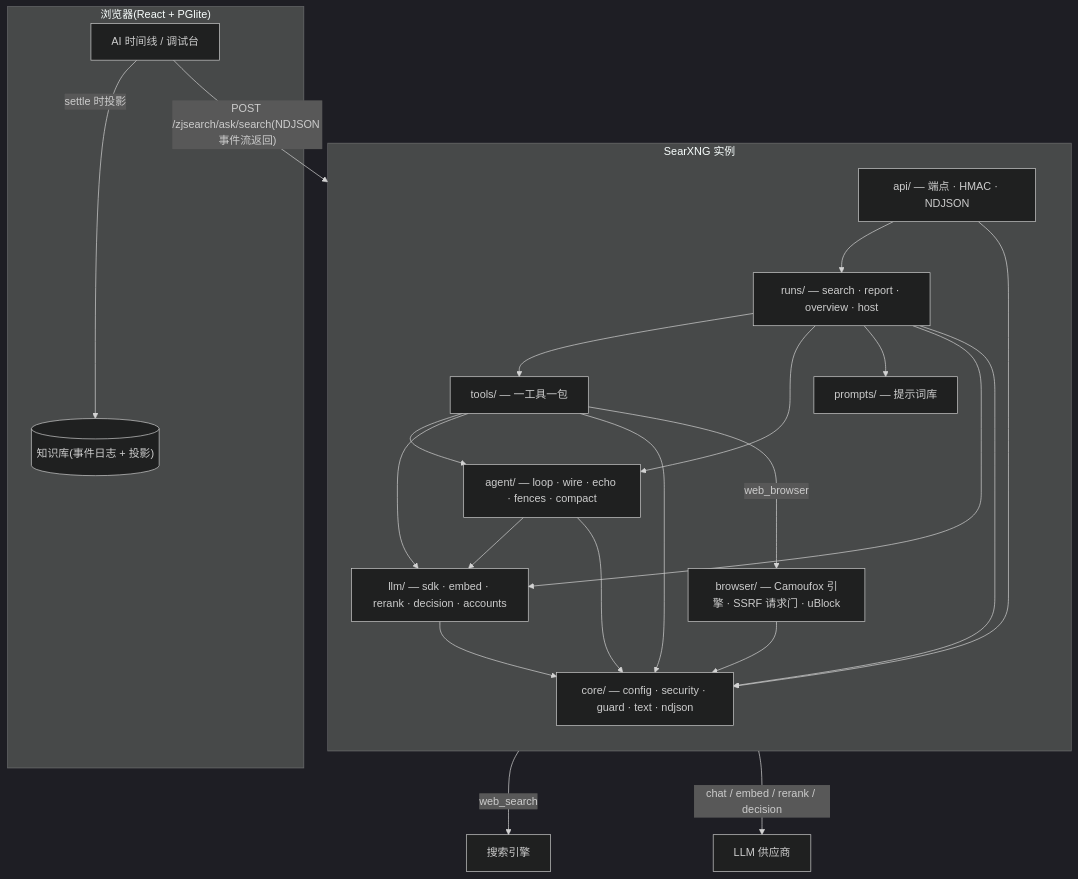
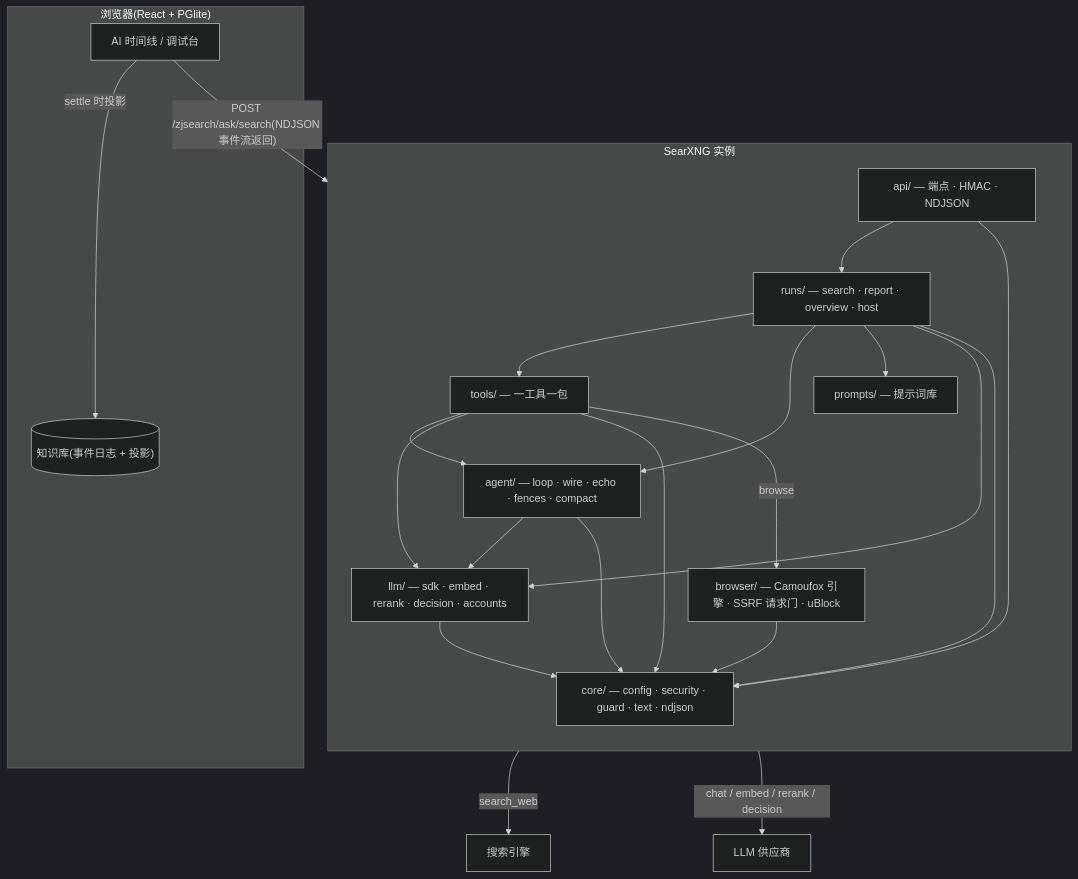
The first of 5 diagrams in NEXTGEN-DESIGN.md (hezhijie0327/ZJSearch), drawn with Mermaid (dark theme) before and after one commit. The commit also changed other lines of this file and 79 other files, not shown here.

````diff
--- a/NEXTGEN-DESIGN.md
+++ b/NEXTGEN-DESIGN.md
@@ -218,39 +219,39 @@
 ```mermaid
 flowchart TB
   subgraph B["浏览器(React + PGlite)"]
     UI["AI 时间线 / 调试台"]
     KB[("知识库(事件日志 + 投影)")]
   end
   subgraph S["SearXNG 实例"]
     direction TB
     API["api/ — 端点 · HMAC · NDJSON"]
     RUNS["runs/ — search · report · overview · host"]
     TOOLS["tools/ — 一工具一包"]
     AGENT["agent/ — loop · wire · echo · fences · compact"]
     PROMPTS["prompts/ — 提示词库"]
     LLM["llm/ — sdk · embed · rerank · decision · accounts"]
     BROWSER["browser/ — Camoufox 引擎 · SSRF 请求门 · uBlock"]
     CORE["core/ — config · security · guard · text · ndjson"]
   end
   ENG["搜索引擎"]
   LLMX["LLM 供应商"]
   UI -- "POST /zjsearch/ask/search(NDJSON 事件流返回)" --> API
   API --> RUNS
   RUNS --> TOOLS
   RUNS --> AGENT
   RUNS --> PROMPTS
   TOOLS --> AGENT
   TOOLS --> LLM
   RUNS --> LLM
   AGENT --> LLM
   LLM --> CORE
   TOOLS --> CORE
   RUNS --> CORE
   AGENT --> CORE
   API --> CORE
-  TOOLS -- "web_search" --> ENG
-  TOOLS -- "web_browser" --> BROWSER
+  TOOLS -- "search_web" --> ENG
+  TOOLS -- "browse" --> BROWSER
   BROWSER --> CORE
   LLM -- "chat / embed / rerank / decision" --> LLMX
   UI -- "settle 时投影" --> KB
 ```
````
